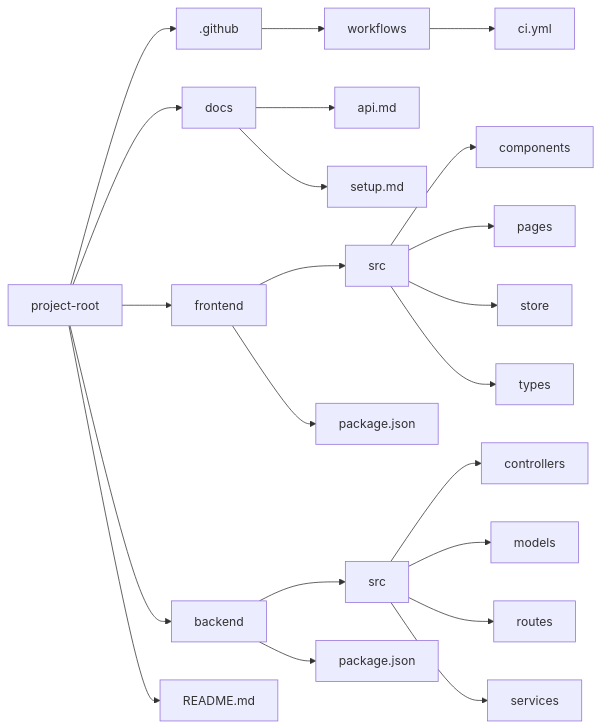
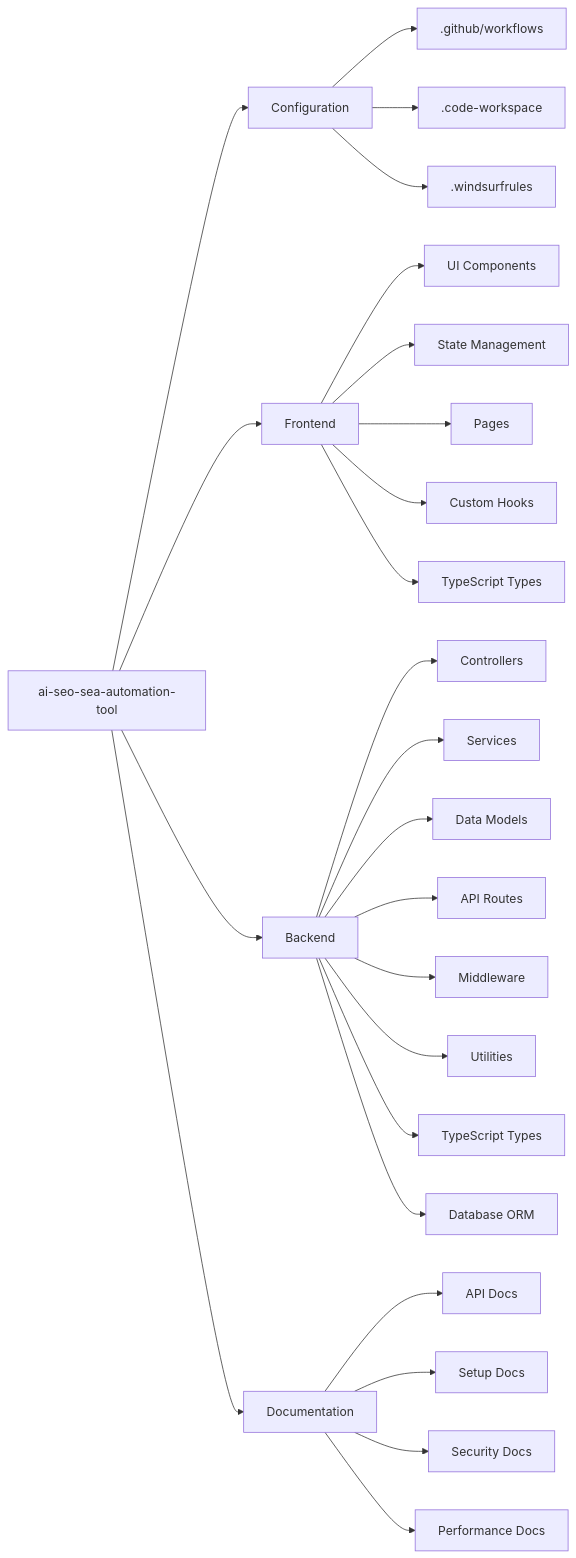
One commit to slimme-automatisering/ai-seo-sea-automation-tool changed the second of 2 diagrams in docs/file-structure.md. Above: the diagram before and after it, drawn with Mermaid. The commit also changed other lines of this file and 16 other files, not shown here.

First line of the commit message:
[feat] security: Implement enhanced auth system and documentation

````diff
--- a/docs/file-structure.md
+++ b/docs/file-structure.md
@@ -104,28 +144,32 @@
 ```mermaid
 graph LR
-    Root[project-root] --> Github[.github]
-    Root --> Docs[docs]
-    Root --> Frontend[frontend]
-    Root --> Backend[backend]
-    Root --> README.md
+    Root[ai-seo-sea-automation-tool]
+    Root --> Config[Configuration]
+    Root --> FE[Frontend]
+    Root --> BE[Backend]
+    Root --> Docs[Documentation]
     
-    Github --> Workflows[workflows]
-    Workflows --> CICD[ci.yml]
+    Config --> GH[.github/workflows]
+    Config --> WS[.code-workspace]
+    Config --> Rules[.windsurfrules]
     
-    Docs --> ApiDoc[api.md]
-    Docs --> SetupDoc[setup.md]
+    Docs --> API[API Docs]
+    Docs --> Setup[Setup Docs]
+    Docs --> Security[Security Docs]
+    Docs --> Performance[Performance Docs]
     
-    Frontend --> FrontSrc[src]
-    Frontend --> FrontPackage[package.json]
-    FrontSrc --> Components[components]
-    FrontSrc --> Pages[pages]
-    FrontSrc --> Store[store]
-    FrontSrc --> Types[types]
+    FE --> UI[UI Components]
+    FE --> State[State Management]
+    FE --> Pages[Pages]
+    FE --> Hooks[Custom Hooks]
+    FE --> Types[TypeScript Types]
     
-    Backend --> BackSrc[src]
-    Backend --> BackPackage[package.json]
-    BackSrc --> Controllers[controllers]
-    BackSrc --> Models[models]
-    BackSrc --> Routes[routes]
-    BackSrc --> Services[services]
+    BE --> Controllers[Controllers]
+    BE --> Services[Services]
+    BE --> Models[Data Models]
+    BE --> Routes[API Routes]
+    BE --> MW[Middleware]
+    BE --> Utils[Utilities]
+    BE --> Types2[TypeScript Types]
+    BE --> Prisma[Database ORM]
 ```
````
